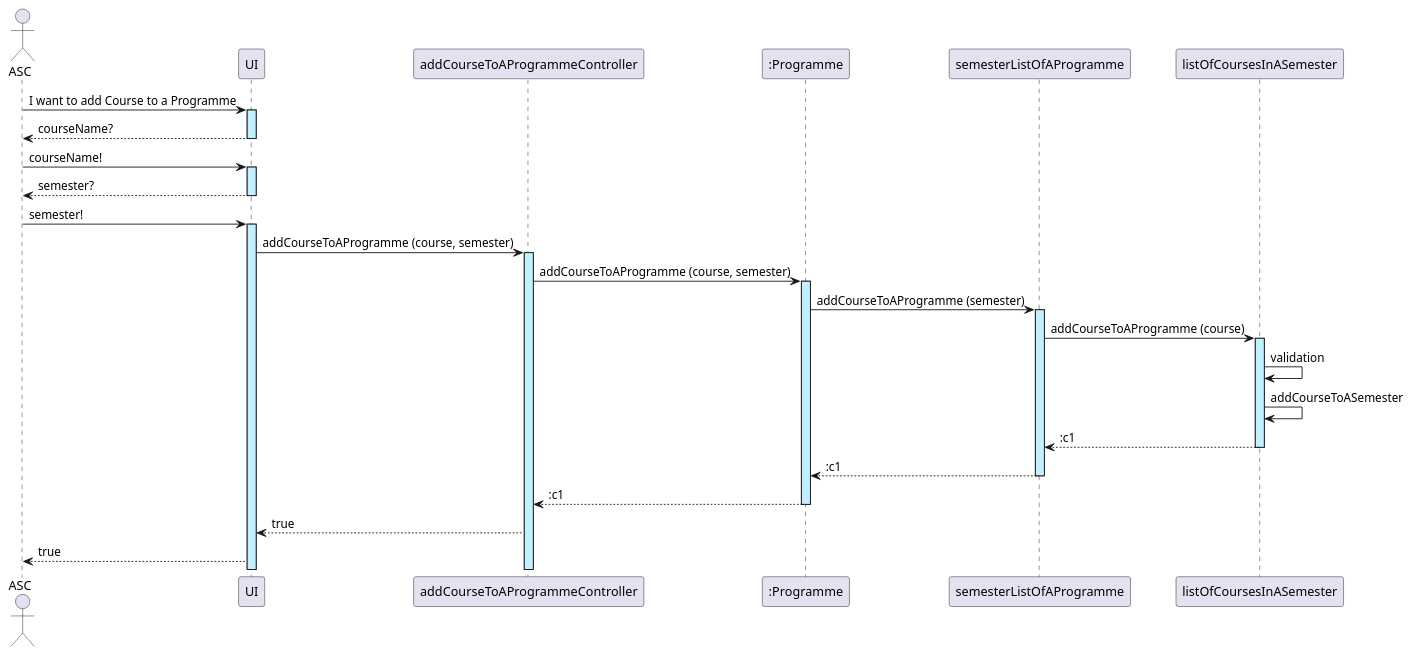
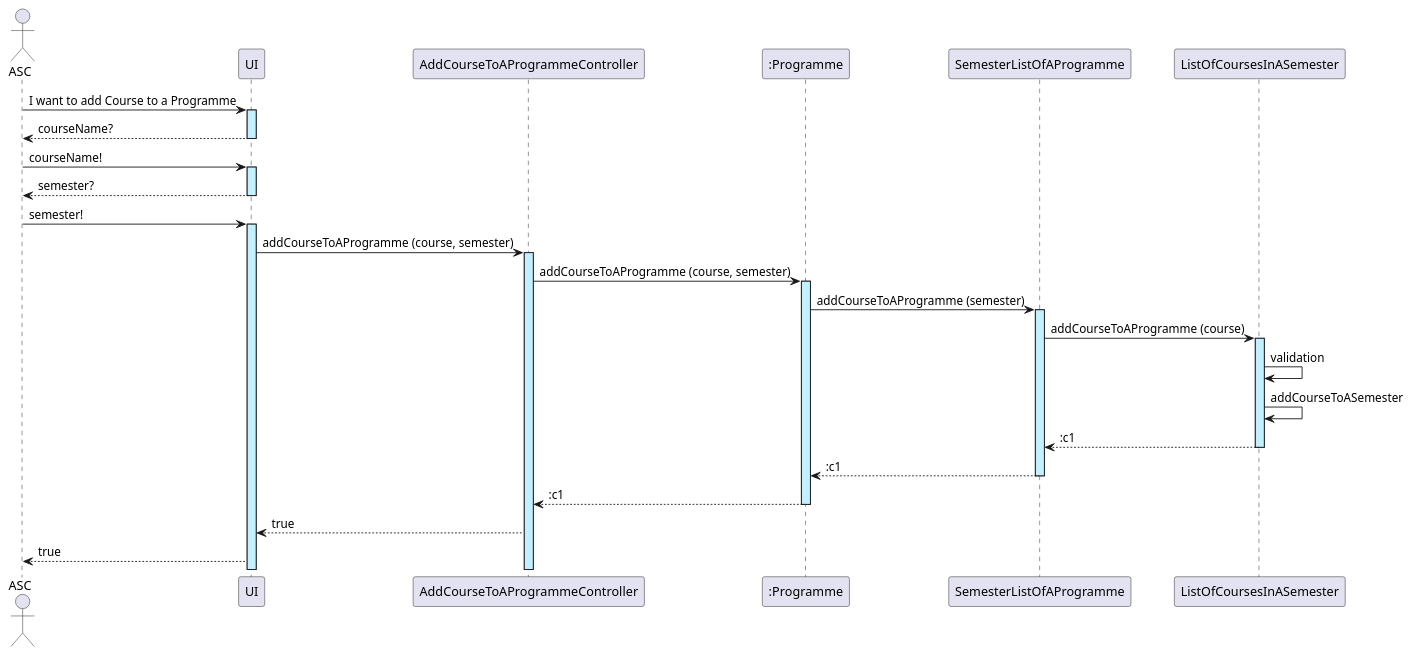
Before and after one commit to GasparISEP/DevOps-PAI: the diagram in docs/sequenceSystemDiagrams/Sprint_1/US03_AddCourseToAProgramme.puml, drawn with PlantUML.

Commit message:
US03 : updated addCourseToAProgramme - SSD

```diff
--- a/docs/sequenceSystemDiagrams/Sprint_1/US03_AddCourseToAProgramme.puml
+++ b/docs/sequenceSystemDiagrams/Sprint_1/US03_AddCourseToAProgramme.puml
@@ -1,31 +1,31 @@
 @startuml
 actor ASC
 
 ASC -> UI ++ #application : I want to add Course to a Programme
 UI --> ASC -- : courseName?
 ASC -> UI ++ #application : courseName!
 UI --> ASC -- : semester?
 ASC -> UI ++ #application : semester!
 
-UI -> addCourseToAProgrammeController ++ #application : addCourseToAProgramme (course, semester)
+UI -> AddCourseToAProgrammeController ++ #application : addCourseToAProgramme (course, semester)
 
-addCourseToAProgrammeController -> ":Programme" ++ #application : addCourseToAProgramme (course, semester)
+AddCourseToAProgrammeController -> ":Programme" ++ #application : addCourseToAProgramme (course, semester)
 
-":Programme" -> semesterListOfAProgramme ++ #application : addCourseToAProgramme (semester)
+":Programme" -> SemesterListOfAProgramme ++ #application : addCourseToAProgramme (semester)
 
-semesterListOfAProgramme -> listOfCoursesInASemester ++ #application : addCourseToAProgramme (course)
+SemesterListOfAProgramme -> ListOfCoursesInASemester ++ #application : addCourseToAProgramme (course)
 
-listOfCoursesInASemester -> listOfCoursesInASemester : validation
-listOfCoursesInASemester -> listOfCoursesInASemester : addCourseToASemester
+ListOfCoursesInASemester -> ListOfCoursesInASemester : validation
+ListOfCoursesInASemester -> ListOfCoursesInASemester : addCourseToASemester
 
-listOfCoursesInASemester --> semesterListOfAProgramme --: :c1
+ListOfCoursesInASemester --> SemesterListOfAProgramme --: :c1
 
-semesterListOfAProgramme --> ":Programme" --: :c1
+SemesterListOfAProgramme --> ":Programme" --: :c1
 
-":Programme" --> addCourseToAProgrammeController --: :c1
+":Programme" --> AddCourseToAProgrammeController --: :c1
 
-addCourseToAProgrammeController --> UI : true
+AddCourseToAProgrammeController --> UI : true
 
 UI --> ASC : true
 
 @enduml
```
